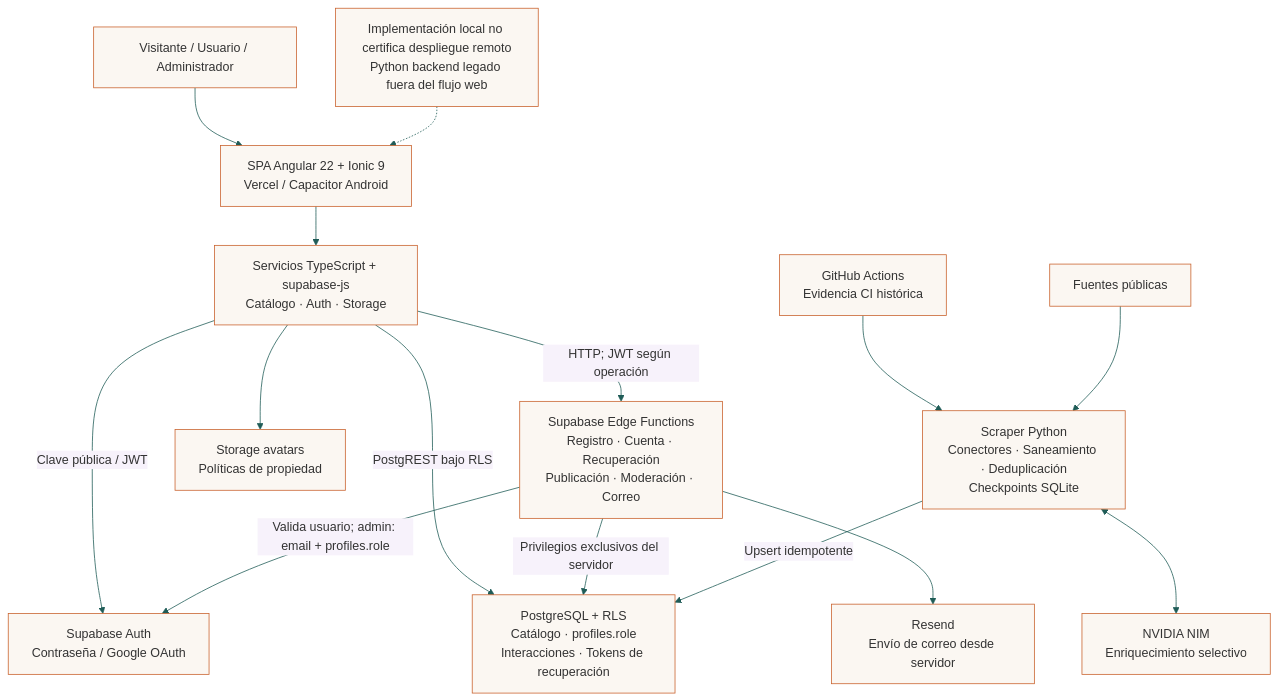
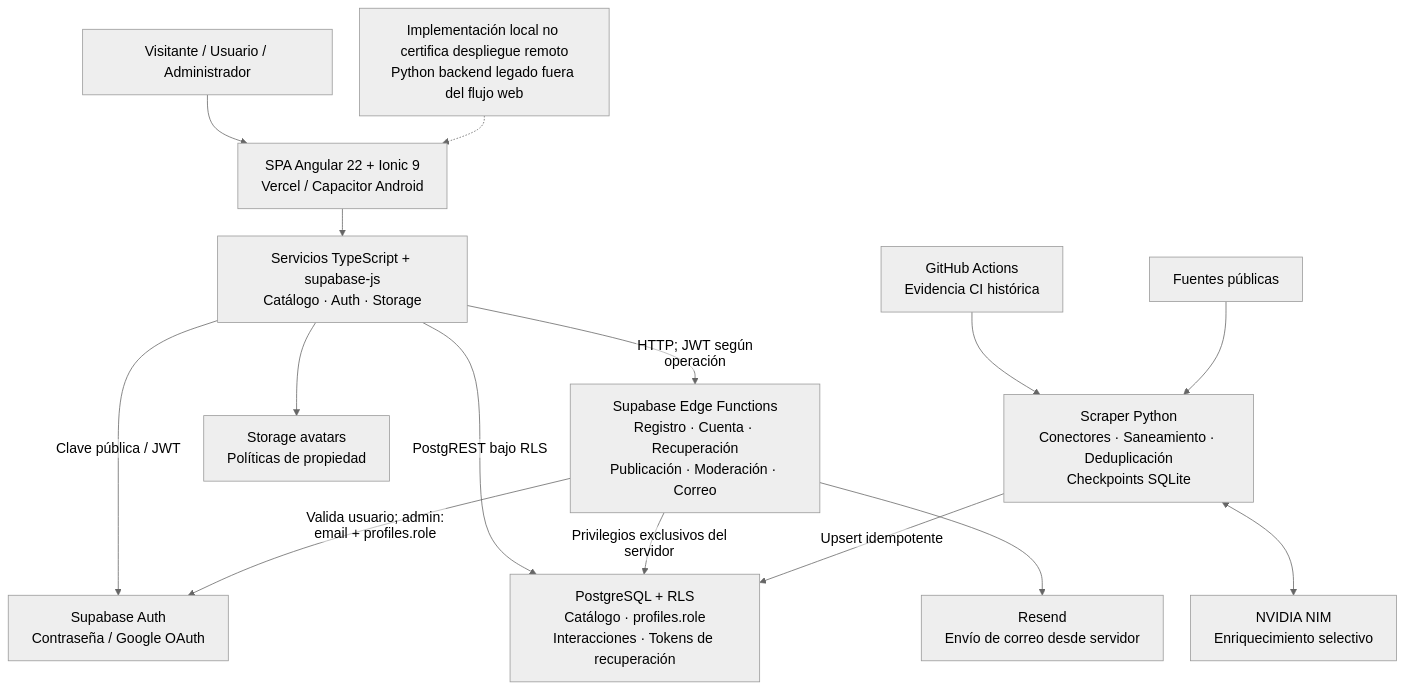
One commit to sunsitox/Proyecto_Capston_Evento_Cultural changed the diagram in Fase 3/Evidencias Grupales/Documentacion Tecnica/Diagramas/01_arquitectura_general.mmd. Above: the diagram before and after it, drawn with Mermaid. The commit also changed 36 other files, not shown here.

```diff
--- a/Fase 3/Evidencias Grupales/Documentacion Tecnica/Diagramas/01_arquitectura_general.mmd
+++ b/Fase 3/Evidencias Grupales/Documentacion Tecnica/Diagramas/01_arquitectura_general.mmd
@@ -1,28 +1,28 @@
-%%{init: {"theme":"base","themeVariables":{"fontFamily":"Arial","fontSize":"16px","primaryColor":"#FBF7F2","primaryBorderColor":"#C9622D","lineColor":"#1F5C57"}}}%%
+%%{init: {"theme":"neutral","themeVariables":{"fontFamily":"Arial","fontSize":"18px"},"flowchart":{"htmlLabels":false,"wrappingWidth":260,"nodeSpacing":35,"rankSpacing":35}}}%%
 flowchart TB
   USER["Visitante / Usuario / Administrador"]
   WEB["SPA Angular 22 + Ionic 9<br/>Vercel / Capacitor Android"]
   SDK["Servicios TypeScript + supabase-js<br/>Catálogo · Auth · Storage"]
   EDGE["Supabase Edge Functions<br/>Registro · Cuenta · Recuperación<br/>Publicación · Moderación · Correo"]
   AUTH["Supabase Auth<br/>Contraseña / Google OAuth"]
   DB["PostgreSQL + RLS<br/>Catálogo · profiles.role<br/>Interacciones · Tokens de recuperación"]
   STORE["Storage avatars<br/>Políticas de propiedad"]
   MAIL["Resend<br/>Envío de correo desde servidor"]
   GH["GitHub Actions<br/>Evidencia CI histórica"]
   PIPE["Scraper Python<br/>Conectores · Saneamiento · Deduplicación<br/>Checkpoints SQLite"]
   SRC["Fuentes públicas"]
   AI["NVIDIA NIM<br/>Enriquecimiento selectivo"]
   USER --> WEB --> SDK
   SDK -->|"Clave pública / JWT"| AUTH
   SDK -->|"PostgREST bajo RLS"| DB
   SDK --> STORE
   SDK -->|"HTTP; JWT según operación"| EDGE
   EDGE -->|"Valida usuario; admin: email + profiles.role"| AUTH
   EDGE -->|"Privilegios exclusivos del servidor"| DB
   EDGE --> MAIL
   GH --> PIPE
   SRC --> PIPE
   PIPE <--> AI
   PIPE -->|"Upsert idempotente"| DB
   NOTE["Implementación local no certifica despliegue remoto<br/>Python backend legado fuera del flujo web"]
   NOTE -.-> WEB
```
